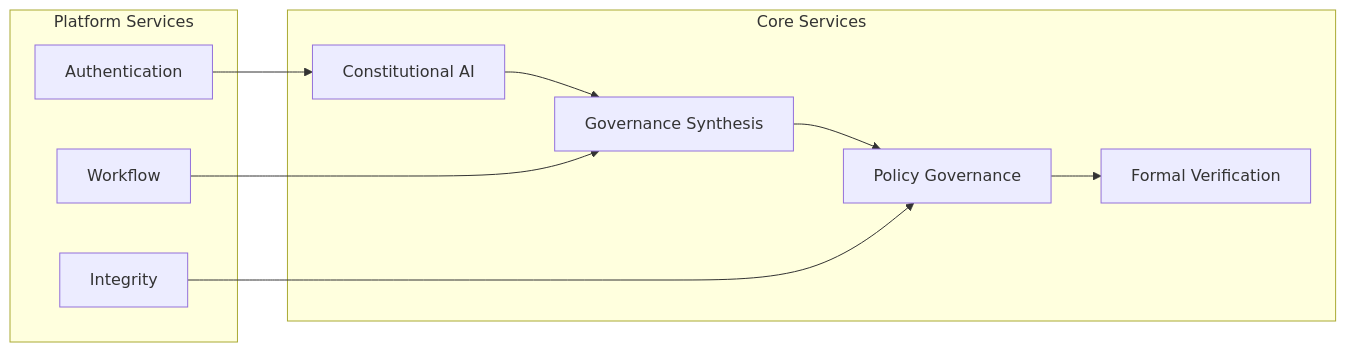
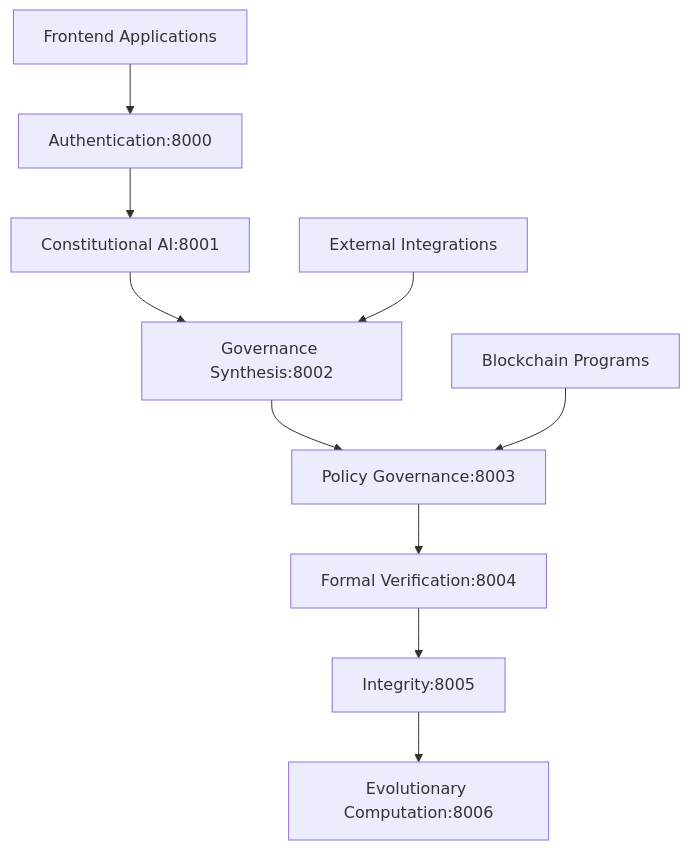
Before and after one commit to CA-git-com-co/ACGS: the diagram in docs/architecture/REORGANIZED_ARCHITECTURE.md, drawn with Mermaid. The commit also changed other lines of this file and 3658 other files, not shown here.

````diff
--- a/docs/architecture/REORGANIZED_ARCHITECTURE.md
+++ b/docs/architecture/REORGANIZED_ARCHITECTURE.md
@@ -62,22 +59,13 @@
 ```mermaid
-graph LR
-    subgraph "Core Services"
-        CA[Constitutional AI]
-        GS[Governance Synthesis]
-        PG[Policy Governance]
-        FV[Formal Verification]
-    end
+graph TB
+    A[Authentication:8000] --> B[Constitutional AI:8001]
+    B --> C[Governance Synthesis:8002]
+    C --> D[Policy Governance:8003]
+    D --> E[Formal Verification:8004]
+    E --> F[Integrity:8005]
+    F --> G[Evolutionary Computation:8006]
     
-    subgraph "Platform Services"
-        AUTH[Authentication]
-        INT[Integrity]
-        WF[Workflow]
-    end
-    
-    CA --> GS
-    GS --> PG
-    PG --> FV
-    AUTH --> CA
-    INT --> PG
-    WF --> GS
+    H[Blockchain Programs] --> D
+    I[Frontend Applications] --> A
+    J[External Integrations] --> C
 ```
````
